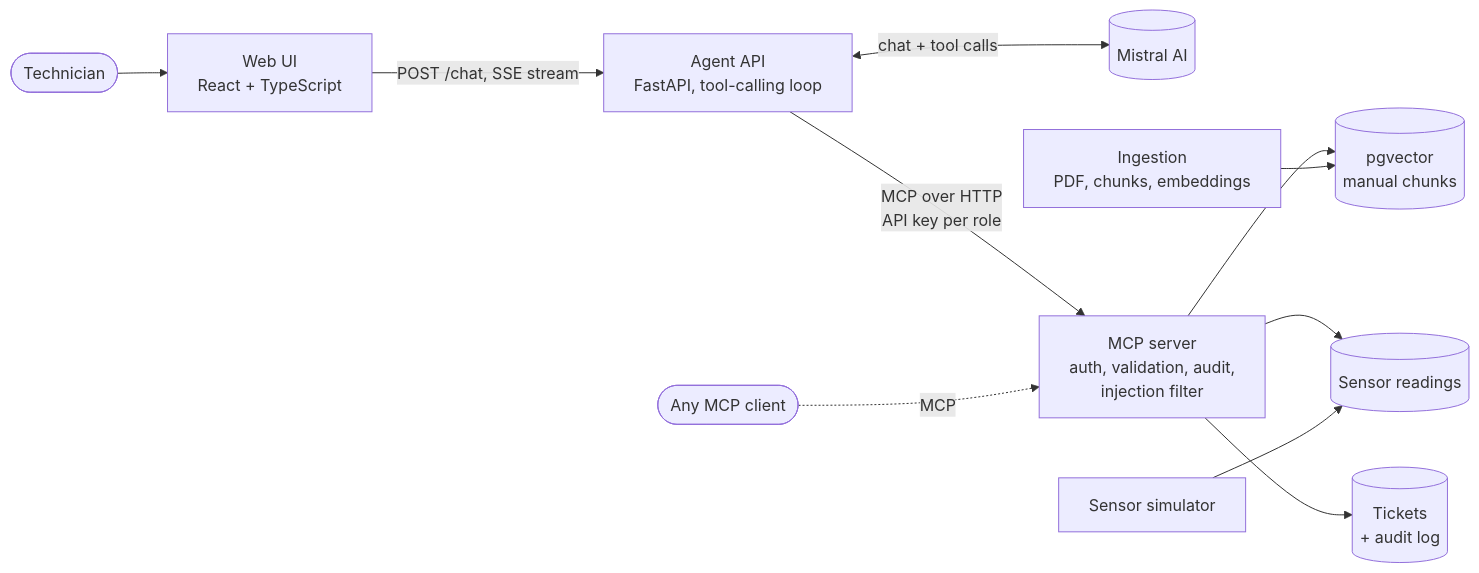
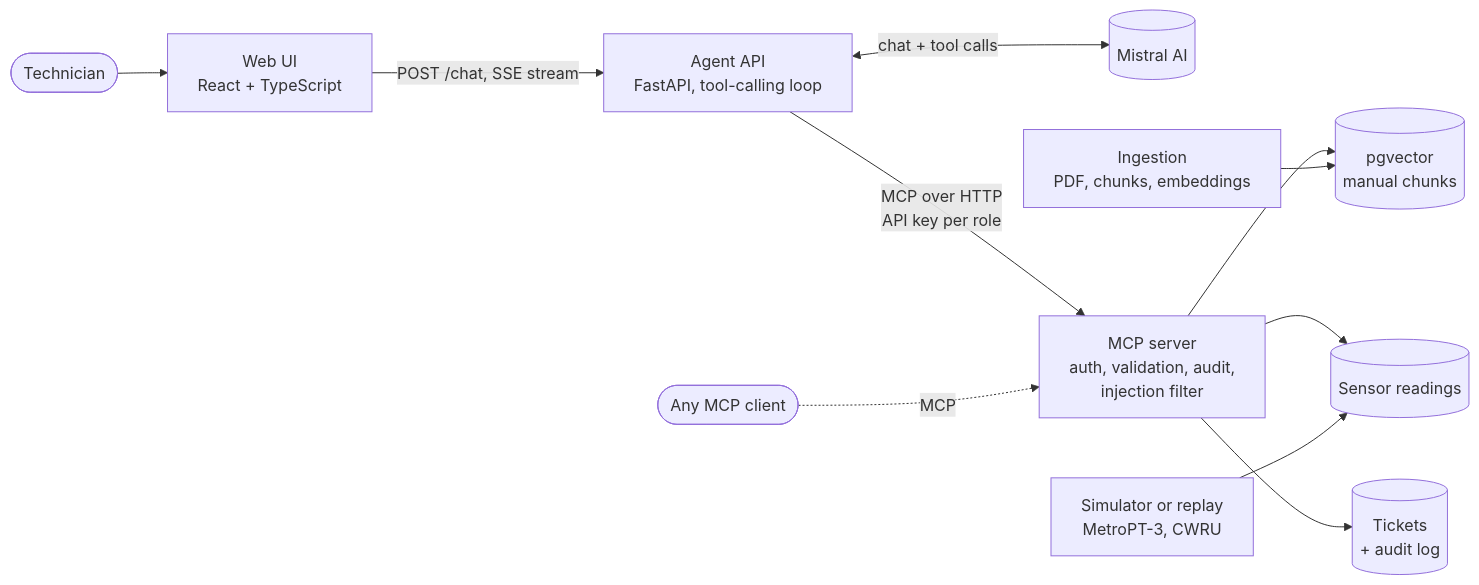
One commit to bechir76/MaintainAI changed the first of 2 diagrams in README.md. Above: the diagram before and after it, drawn with Mermaid. The commit also changed other lines of this file and 9 other files, not shown here.

````diff
--- a/README.md
+++ b/README.md
@@ -37,13 +38,13 @@
 ```mermaid
 flowchart LR
     tech([Technician]) --> web[Web UI<br/>React + TypeScript]
     web -->|POST /chat, SSE stream| api[Agent API<br/>FastAPI, tool-calling loop]
     api <-->|chat + tool calls| llm[(Mistral AI)]
     api -->|MCP over HTTP<br/>API key per role| mcp[MCP server<br/>auth, validation, audit,<br/>injection filter]
     other([Any MCP client]) -.->|MCP| mcp
     mcp --> manuals[(pgvector<br/>manual chunks)]
     mcp --> sensors[(Sensor readings)]
     mcp --> tickets[(Tickets<br/>+ audit log)]
-    sim[Sensor simulator] --> sensors
+    sim[Simulator or replay<br/>MetroPT-3, CWRU] --> sensors
     ingest[Ingestion<br/>PDF, chunks, embeddings] --> manuals
 ```
````
